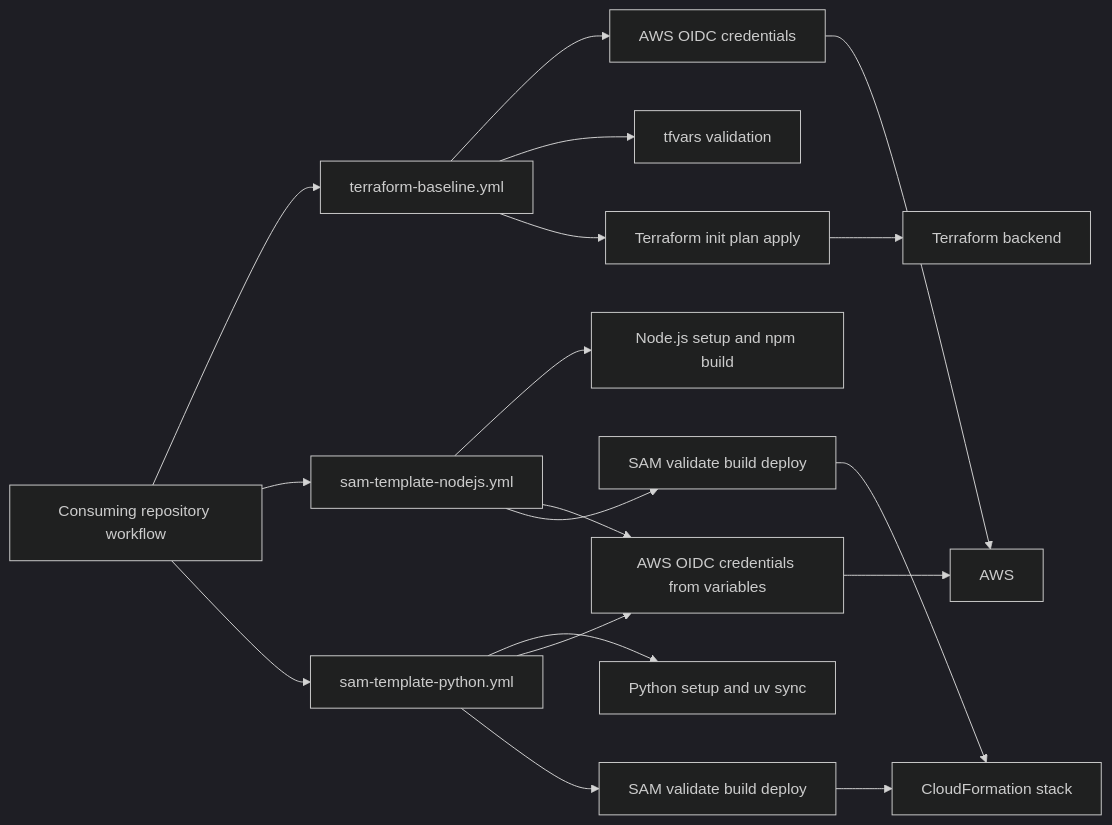
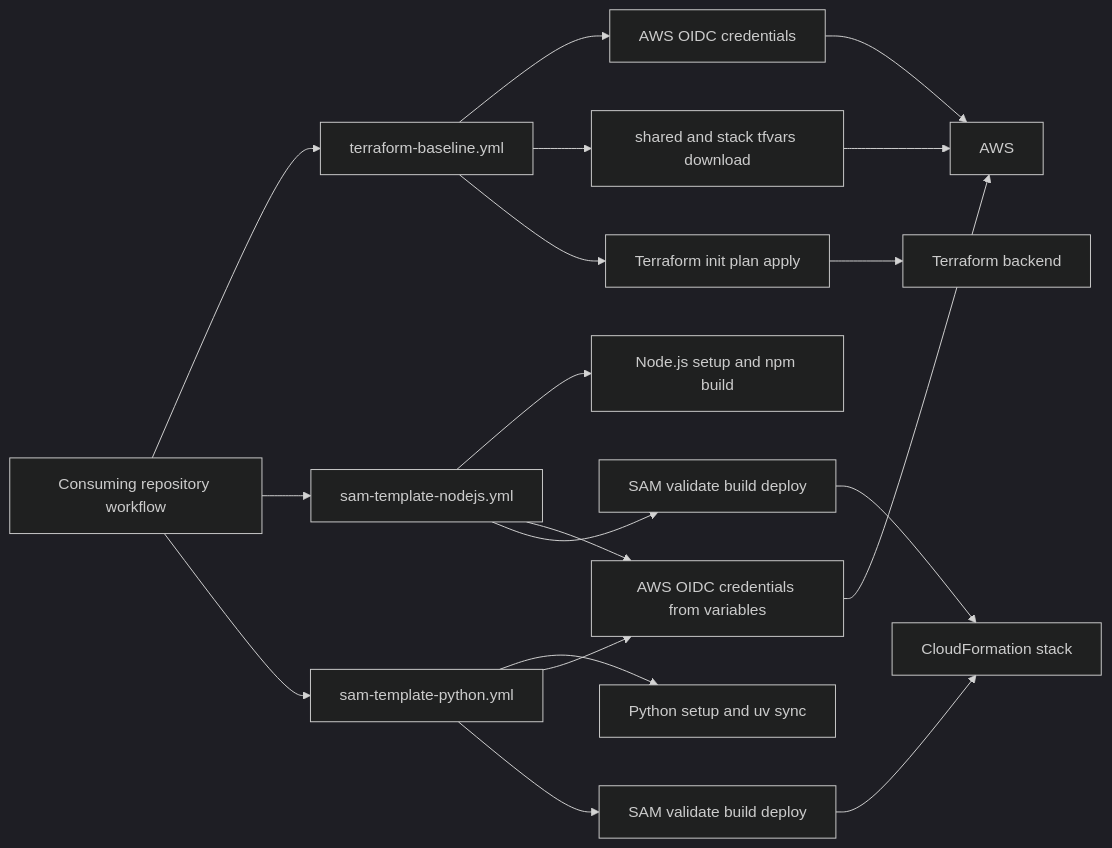
The diagram in docs/ARCHITECTURE.md (Copper-Forge/cf-infra-reusable-workflows), drawn with Mermaid (dark theme) before and after one commit. The commit also changed other lines of this file and 5 other files, not shown here.

````diff
--- a/docs/ARCHITECTURE.md
+++ b/docs/ARCHITECTURE.md
@@ -5,24 +5,25 @@
 ```mermaid
 flowchart LR
   Caller[Consuming repository workflow] --> Terraform[terraform-baseline.yml]
   Caller --> SamNode[sam-template-nodejs.yml]
   Caller --> SamPython[sam-template-python.yml]
 
   Terraform --> TfAuth[AWS OIDC credentials]
-  Terraform --> TfValidate[tfvars validation]
+  Terraform --> TfDownload[shared and stack tfvars download]
   Terraform --> TfRun[Terraform init plan apply]
   TfAuth --> Aws[AWS]
+  TfDownload --> Aws
   TfRun --> TfBackend[Terraform backend]
 
   SamNode --> NodeSetup[Node.js setup and npm build]
   SamNode --> SamAuth[AWS OIDC credentials from variables]
   SamNode --> SamCliNode[SAM validate build deploy]
 
   SamPython --> PythonSetup[Python setup and uv sync]
   SamPython --> SamAuth
   SamPython --> SamCliPython[SAM validate build deploy]
 
   SamAuth --> Aws
   SamCliNode --> CloudFormation[CloudFormation stack]
   SamCliPython --> CloudFormation
 ```
````
